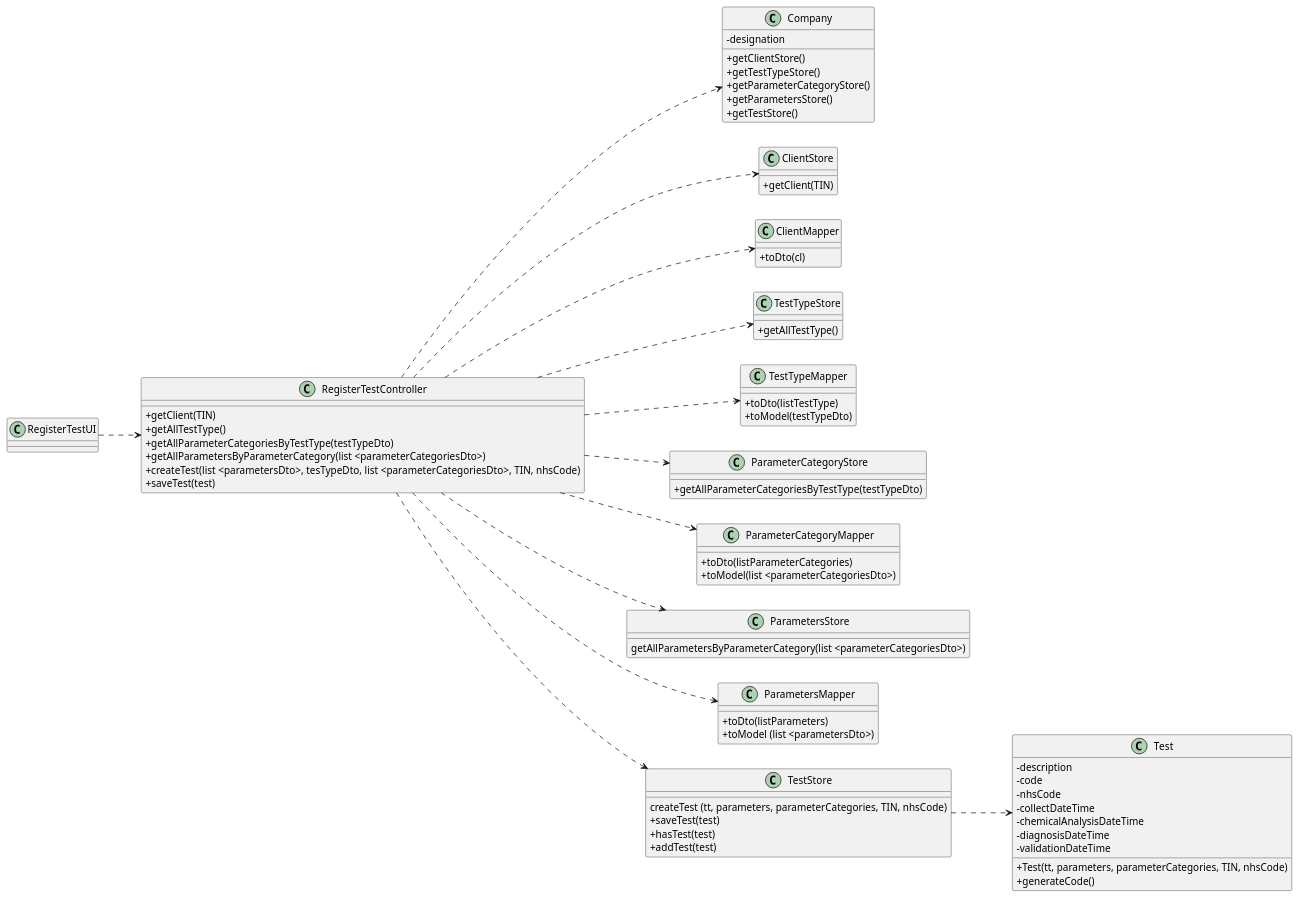
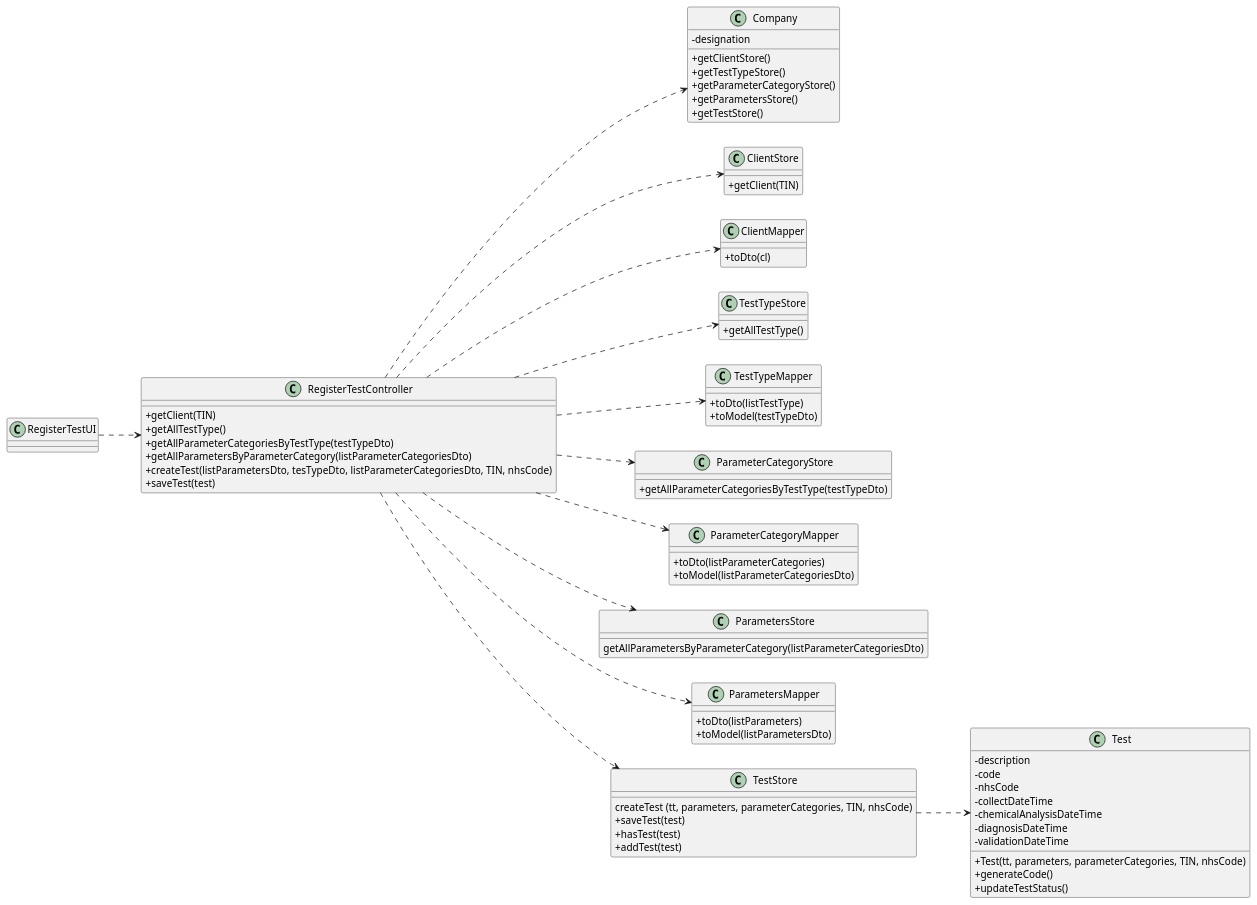
One commit to 0franciscor/lei-21-s2-1de-g19 changed the diagram in docs/SprintC/US04/US04-CD.puml. Above: the diagram before and after it, drawn with PlantUML. The commit also changed 3 other files, not shown here.

```diff
--- a/docs/SprintC/US04/US04-CD.puml
+++ b/docs/SprintC/US04/US04-CD.puml
@@ -1,95 +1,96 @@
 @startuml
 'https://plantuml.com/class-diagram
 
 skinparam classAttributeIconSize 0
 left to right direction
 
 class "RegisterTestUI" as RTUI
 
 class "RegisterTestController" as RTC {
 +getClient(TIN)
 +getAllTestType()
 +getAllParameterCategoriesByTestType(testTypeDto)
-+getAllParametersByParameterCategory(list <parameterCategoriesDto>)
-+createTest(list <parametersDto>, tesTypeDto, list <parameterCategoriesDto>, TIN, nhsCode)
++getAllParametersByParameterCategory(listParameterCategoriesDto)
++createTest(listParametersDto, tesTypeDto, listParameterCategoriesDto, TIN, nhsCode)
 +saveTest(test)
 }
 
 class "Company" as C {
 -designation
 +getClientStore()
 +getTestTypeStore()
 +getParameterCategoryStore()
 +getParametersStore()
 +getTestStore()
 }
 
 class "ClientStore" as CS {
 +getClient(TIN)
 }
 
 class "ClientMapper" as CM {
 +toDto(cl)
 }
 
 class "TestTypeStore" as TTS {
 +getAllTestType()
 }
 
 class "TestTypeMapper" as TTM {
 +toDto(listTestType)
 +toModel(testTypeDto)
 }
 
 class "ParameterCategoryStore" as PCS {
 +getAllParameterCategoriesByTestType(testTypeDto)
 }
 
 class "ParameterCategoryMapper" as PCM {
 +toDto(listParameterCategories)
-+toModel(list <parameterCategoriesDto>)
++toModel(listParameterCategoriesDto)
 }
 
 class "ParametersStore" as PS {
-getAllParametersByParameterCategory(list <parameterCategoriesDto>)
+getAllParametersByParameterCategory(listParameterCategoriesDto)
 }
 
 class "ParametersMapper" as PM {
 +toDto(listParameters)
-+toModel (list <parametersDto>)
++toModel(listParametersDto)
 }
 
 class "TestStore" as TS {
 createTest (tt, parameters, parameterCategories, TIN, nhsCode)
 +saveTest(test)
 +hasTest(test)
 +addTest(test)
 }
 
 class "Test" as T {
 -description
 -code
 -nhsCode
 -collectDateTime
 -chemicalAnalysisDateTime
 -diagnosisDateTime
 -validationDateTime
 +Test(tt, parameters, parameterCategories, TIN, nhsCode)
 +generateCode()
++updateTestStatus()
 }
 
 RTUI ..> RTC
 RTC ..> CS
 RTC ..> CM
 RTC ..> C
 RTC ..> TTS
 RTC ..> TTM
 RTC ..> PCS
 RTC ..> PCM
 RTC ..> PS
 RTC ..> PM
 RTC ..> TS
 TS ..> T
 
 
 @enduml
```
